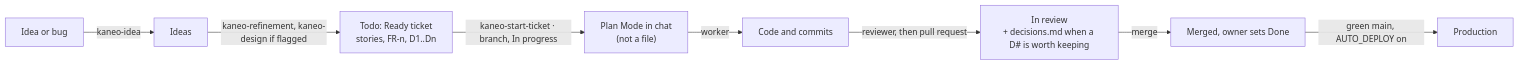
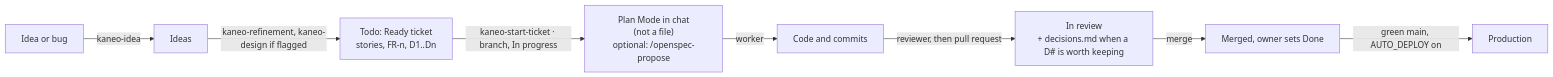
The diagram in docs/ai-workflow.md (jordy-swinnen/JordyLab), drawn with Mermaid before and after one commit. The commit also changed other lines of this file and 5 other files, not shown here.

````diff
--- a/docs/ai-workflow.md
+++ b/docs/ai-workflow.md
@@ -25,10 +25,10 @@
 ```mermaid
 flowchart LR
     idea["Idea or bug"] -->|kaneo-idea| ideas["Ideas"]
     ideas -->|kaneo-refinement, kaneo-design if flagged| todo["Todo: Ready ticket<br/>stories, FR-n, D1..Dn"]
-    todo -->|kaneo-start-ticket · branch, In progress| plan["Plan Mode in chat<br/>(not a file)"]
+    todo -->|kaneo-start-ticket · branch, In progress| plan["Plan Mode in chat<br/>(not a file)<br/>optional: /openspec-propose"]
     plan -->|worker| code["Code and commits"]
     code -->|reviewer, then pull request| review["In review<br/>+ decisions.md when a D# is worth keeping"]
     review -->|merge| finished["Merged, owner sets Done"]
     finished -->|green main, AUTO_DEPLOY on| prod["Production"]
 ```
````
